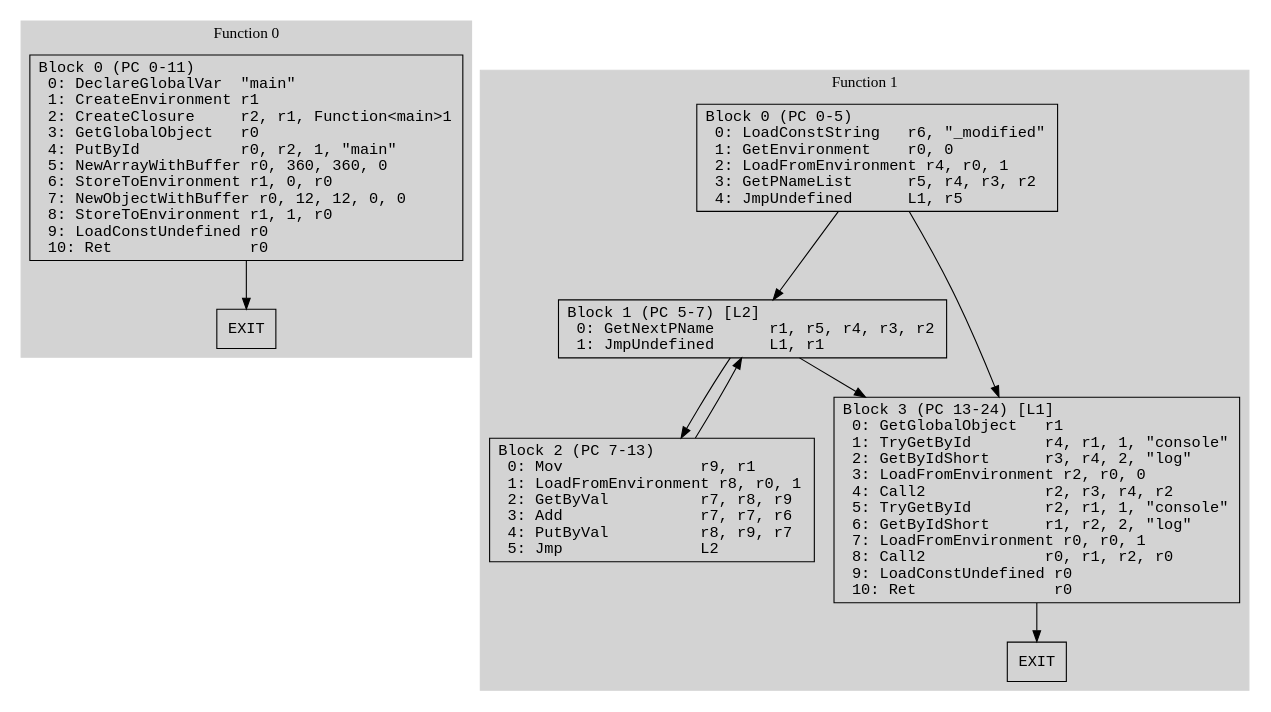
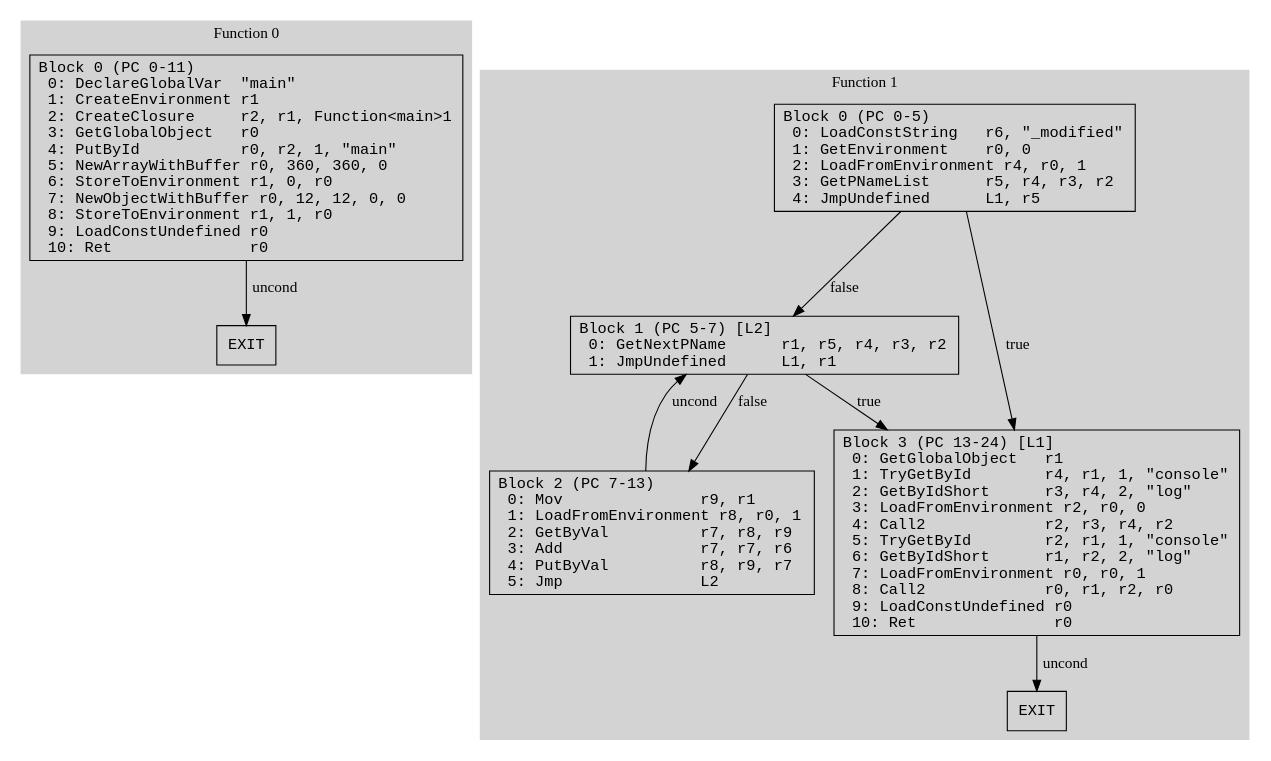
Before and after one commit to kroo/hermes-dec-rs: the diagram in data/array_constants_v90.dot, drawn with Graphviz. The commit also changed 98 other files, not shown here.

```diff
--- a/data/array_constants_v90.dot
+++ b/data/array_constants_v90.dot
@@ -1,38 +1,38 @@
 // CFG analysis for array_constants_v90
 // Generated from data/array_constants_v90.hbc
 
 digraph {
   rankdir=TB;
   node [shape=box, fontname="monospace"];
 
   subgraph cluster_function_0 {
     label = "Function 0";
     style = filled;
     color = lightgrey;
 
     f0_n0 [ label = "Block 0 (PC 0-11)\l  0: DeclareGlobalVar  \"main\"\l  1: CreateEnvironment r1\l  2: CreateClosure     r2, r1, Function<main>1\l  3: GetGlobalObject   r0\l  4: PutById           r0, r2, 1, \"main\"\l  5: NewArrayWithBuffer r0, 360, 360, 0\l  6: StoreToEnvironment r1, 0, r0\l  7: NewObjectWithBuffer r0, 12, 12, 0, 0\l  8: StoreToEnvironment r1, 1, r0\l  9: LoadConstUndefined r0\l  10: Ret               r0\l" ]
     f0_n1 [ label = "EXIT" ]
 
-    f0_n0 -> f0_n1
+    f0_n0 -> f0_n1 [label="uncond"]
   }
 
   subgraph cluster_function_1 {
     label = "Function 1";
     style = filled;
     color = lightgrey;
 
     f1_n0 [ label = "Block 0 (PC 0-5)\l  0: LoadConstString   r6, \"_modified\"\l  1: GetEnvironment    r0, 0\l  2: LoadFromEnvironment r4, r0, 1\l  3: GetPNameList      r5, r4, r3, r2\l  4: JmpUndefined      L1, r5\l" ]
     f1_n1 [ label = "Block 1 (PC 5-7) [L2]\l  0: GetNextPName      r1, r5, r4, r3, r2\l  1: JmpUndefined      L1, r1\l" ]
     f1_n2 [ label = "Block 2 (PC 7-13)\l  0: Mov               r9, r1\l  1: LoadFromEnvironment r8, r0, 1\l  2: GetByVal          r7, r8, r9\l  3: Add               r7, r7, r6\l  4: PutByVal          r8, r9, r7\l  5: Jmp               L2\l" ]
     f1_n3 [ label = "Block 3 (PC 13-24) [L1]\l  0: GetGlobalObject   r1\l  1: TryGetById        r4, r1, 1, \"console\"\l  2: GetByIdShort      r3, r4, 2, \"log\"\l  3: LoadFromEnvironment r2, r0, 0\l  4: Call2             r2, r3, r4, r2\l  5: TryGetById        r2, r1, 1, \"console\"\l  6: GetByIdShort      r1, r2, 2, \"log\"\l  7: LoadFromEnvironment r0, r0, 1\l  8: Call2             r0, r1, r2, r0\l  9: LoadConstUndefined r0\l  10: Ret               r0\l" ]
     f1_n4 [ label = "EXIT" ]
 
-    f1_n0 -> f1_n3
-    f1_n0 -> f1_n1
-    f1_n1 -> f1_n3
-    f1_n1 -> f1_n2
-    f1_n2 -> f1_n1
-    f1_n3 -> f1_n4
+    f1_n0 -> f1_n3 [label="true"]
+    f1_n0 -> f1_n1 [label="false"]
+    f1_n1 -> f1_n3 [label="true"]
+    f1_n1 -> f1_n2 [label="false"]
+    f1_n2 -> f1_n1 [label="uncond"]
+    f1_n3 -> f1_n4 [label="uncond"]
   }
 
 }
```
